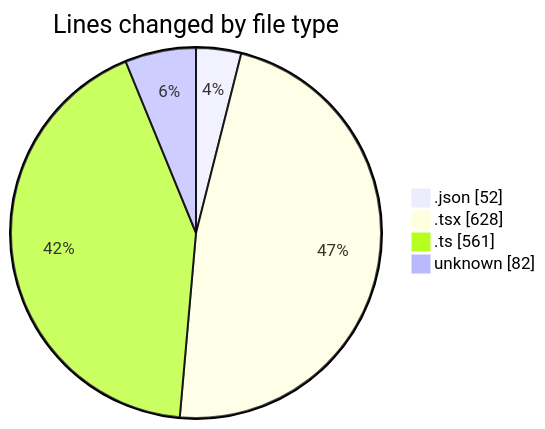
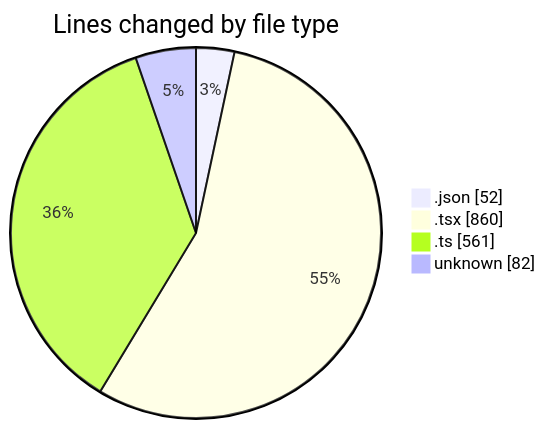
Before and after one commit to julien-gomy/code-tracking: the first of 2 diagrams in 2025-10-29/eventscop-frontend-guide__workspace_/README.md, drawn with Mermaid. The commit also changed other lines of this file and 1 other file, not shown here.

````diff
--- a/2025-10-29/eventscop-frontend-guide__workspace_/README.md
+++ b/2025-10-29/eventscop-frontend-guide__workspace_/README.md
@@ -34,8 +35,8 @@
 ```mermaid
 pie showData
 title Lines changed by file type
 ".json" : 52
-".tsx" : 628
+".tsx" : 860
 ".ts" : 561
 "unknown" : 82
 ```
````
